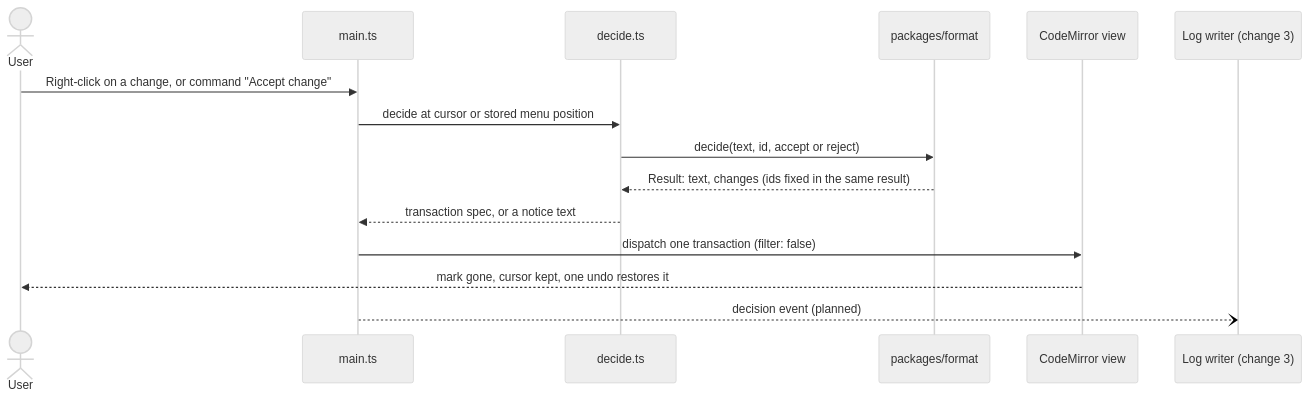
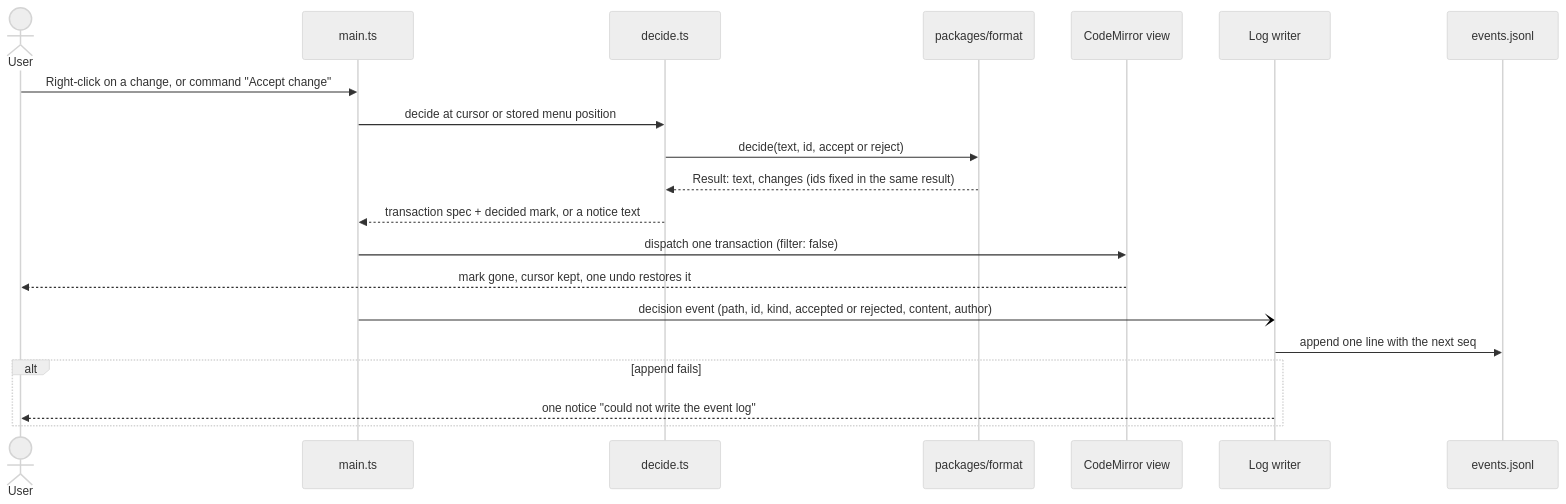
The third of 6 diagrams in openspec/docs/architecture-obsidian.md (novazembla/md-coeditor), drawn with Mermaid (neutral theme) before and after one commit. The commit also changed other lines of this file and 140 other files, not shown here.

````diff
--- a/openspec/docs/architecture-obsidian.md
+++ b/openspec/docs/architecture-obsidian.md
@@ -107,18 +121,23 @@
 ```mermaid
 sequenceDiagram
   actor U as User
   participant M as main.ts
   participant D as decide.ts
   participant F as packages/format
   participant CM as CodeMirror view
-  participant L as Log writer (change 3)
+  participant L as Log writer
+  participant LOG as events.jsonl
 
   U->>M: Right-click on a change, or command "Accept change"
   M->>D: decide at cursor or stored menu position
   D->>F: decide(text, id, accept or reject)
   F-->>D: Result: text, changes (ids fixed in the same result)
-  D-->>M: transaction spec, or a notice text
+  D-->>M: transaction spec + decided mark, or a notice text
   M->>CM: dispatch one transaction (filter: false)
   CM-->>U: mark gone, cursor kept, one undo restores it
-  M--)L: decision event (planned)
+  M-)L: decision event (path, id, kind, accepted or rejected, content, author)
+  L->>LOG: append one line with the next seq
+  alt append fails
+    L-->>U: one notice "could not write the event log"
+  end
 ```
````
